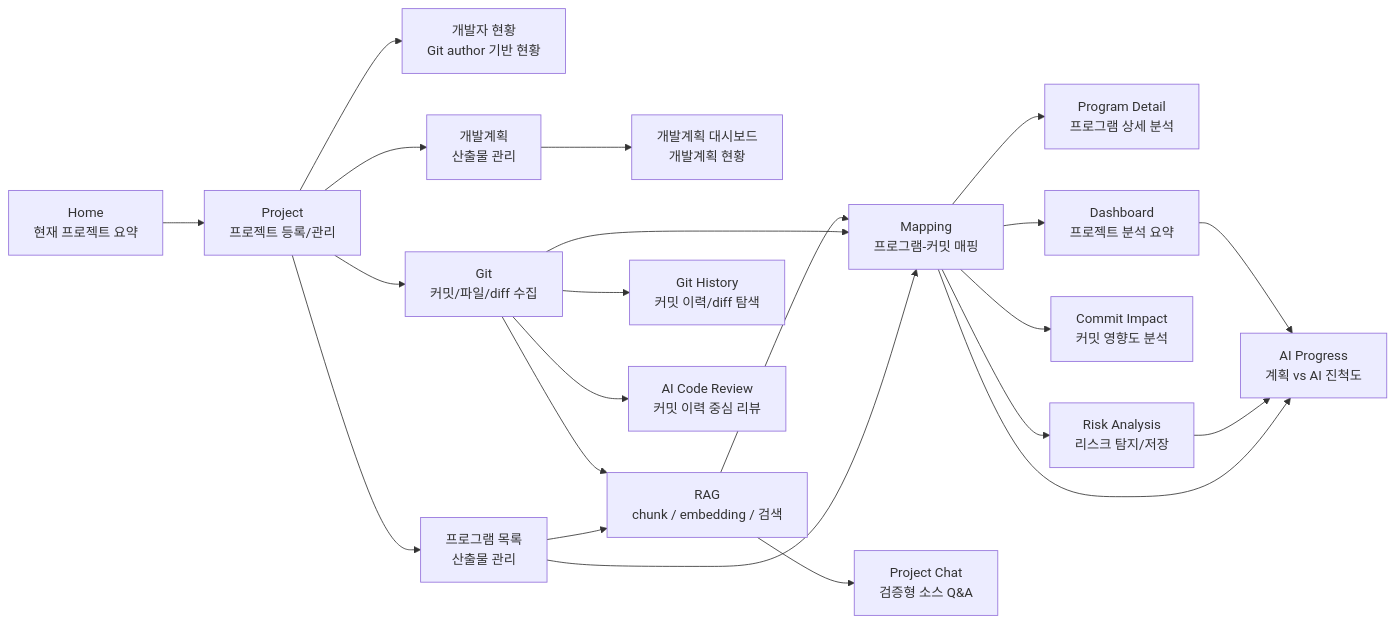
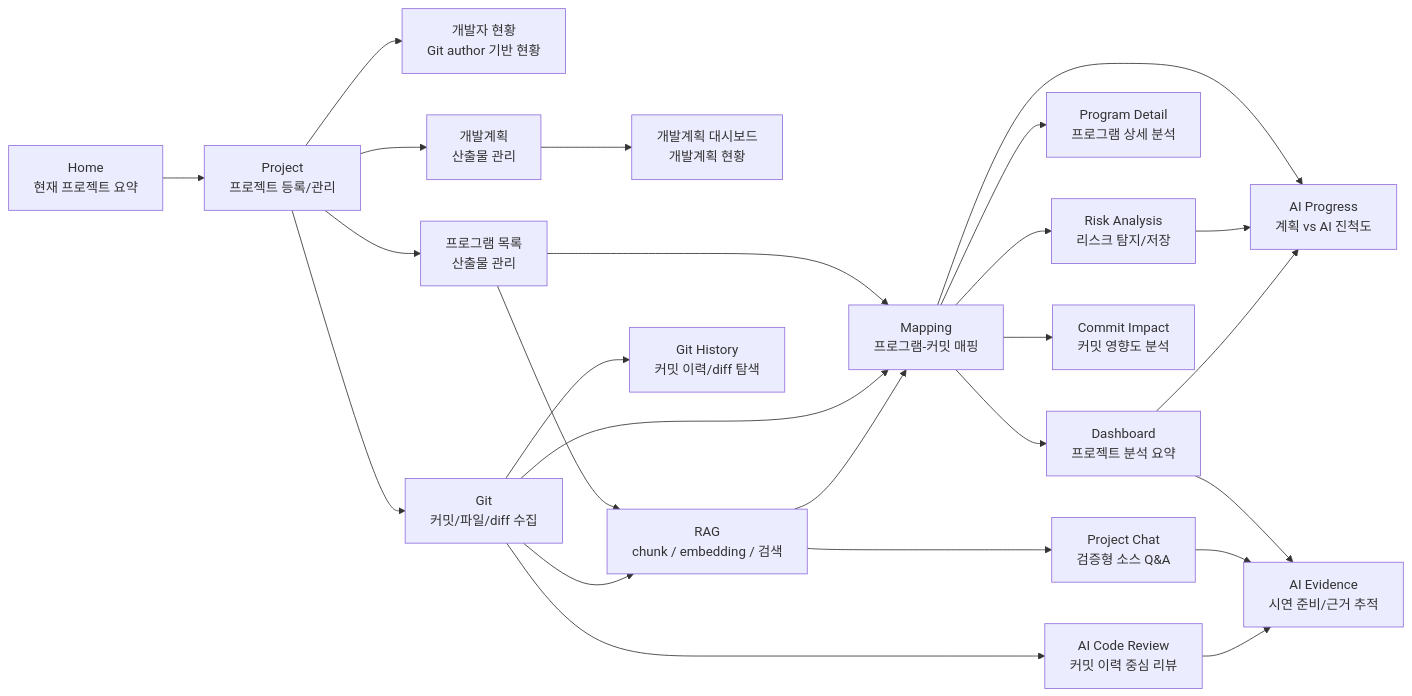
The fourth of 10 diagrams in docs/architecture.md (ino5/ai-commit-advisor-26), drawn with Mermaid before and after one commit. The commit also changed other lines of this file and 25 other files, not shown here.

````diff
--- a/docs/architecture.md
+++ b/docs/architecture.md
@@ -174,24 +176,27 @@
 ```mermaid
 flowchart LR
     Home["Home<br/>현재 프로젝트 요약"] --> Project["Project<br/>프로젝트 등록/관리"]
     Project --> Developer["개발자 현황<br/>Git author 기반 현황"]
     Project --> Program["프로그램 목록<br/>산출물 관리"]
     Project --> PlanUpload["개발계획<br/>산출물 관리"]
     Project --> Git["Git<br/>커밋/파일/diff 수집"]
     Program --> Mapping["Mapping<br/>프로그램-커밋 매핑"]
     PlanUpload --> PlanningDashboard["개발계획 대시보드<br/>개발계획 현황"]
     Git --> Mapping
     Program --> RAG["RAG<br/>chunk / embedding / 검색"]
     Git --> RAG
     RAG --> Mapping
     RAG --> ProjectChat["Project Chat<br/>검증형 소스 Q&A"]
     Mapping --> ProgramDetail["Program Detail<br/>프로그램 상세 분석"]
     Git --> GitHistory["Git History<br/>커밋 이력/diff 탐색"]
     Mapping --> Risk["Risk Analysis<br/>리스크 탐지/저장"]
     Mapping --> Impact["Commit Impact<br/>커밋 영향도 분석"]
     Git --> CodeReview["AI Code Review<br/>커밋 이력 중심 리뷰"]
     Mapping --> Dashboard["Dashboard<br/>프로젝트 분석 요약"]
     Mapping --> AIProgress["AI Progress<br/>계획 vs AI 진척도"]
     Risk --> AIProgress
     Dashboard --> AIProgress
+    Dashboard --> AIEvidence["AI Evidence<br/>시연 준비/근거 추적"]
+    ProjectChat --> AIEvidence
+    CodeReview --> AIEvidence
 ```
````
